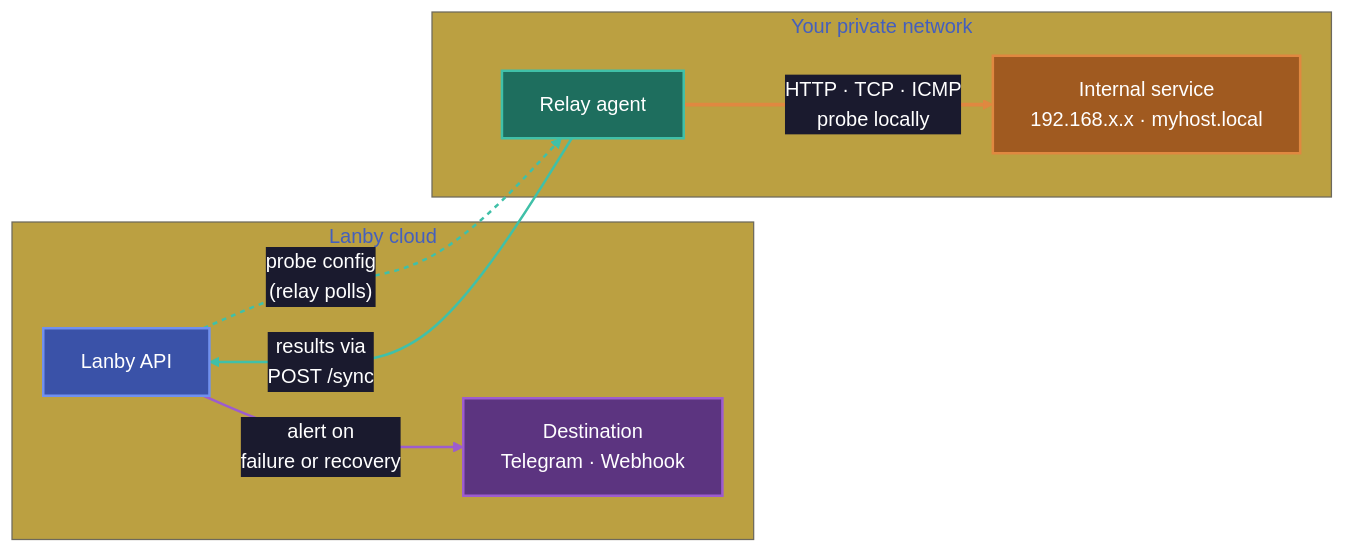
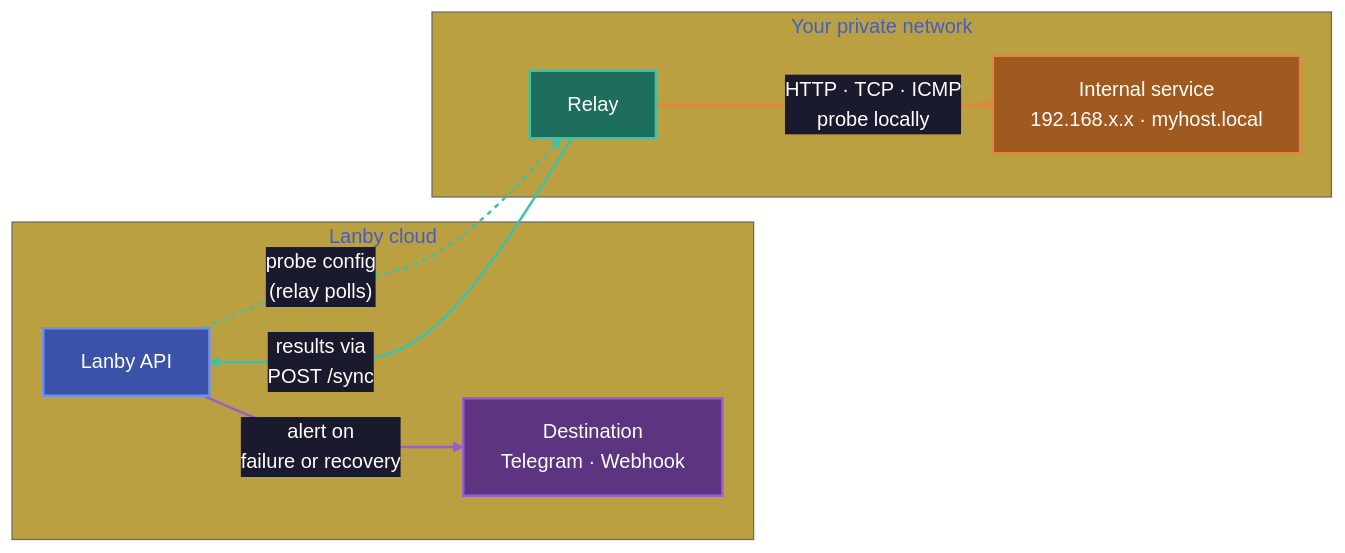
Before and after one commit to lanby-dev/lanby-docs: the third of 3 diagrams in docs/index.md, drawn with Mermaid. The commit also changed other lines of this file and 2 other files, not shown here.

````diff
--- a/docs/index.md
+++ b/docs/index.md
@@ -79,27 +79,27 @@
 ```mermaid
 %%{init:{'theme':'base','themeVariables':{'primaryColor':'#3a52a8','primaryBorderColor':'#7090ee','primaryTextColor':'#fff','edgeLabelBackground':'#1a1a2e','lineColor':'#7090ee'}}}%%
 flowchart LR
     classDef lanby  fill:#3a52a8,stroke:#7090ee,stroke-width:2px,color:#fff
     classDef relay  fill:#1e6e5e,stroke:#40c0a8,stroke-width:2px,color:#fff
     classDef svc    fill:#a05a20,stroke:#e08840,stroke-width:2px,color:#fff
     classDef dest   fill:#5c3480,stroke:#9d5cce,stroke-width:2px,color:#fff
 
     subgraph cloud["Lanby cloud"]
         L["Lanby API"]:::lanby
         D["Destination\nTelegram · Webhook"]:::dest
     end
     subgraph net["Your private network"]
-        R["Relay agent"]:::relay
+        R["Relay"]:::relay
         S["Internal service\n192.168.x.x · myhost.local"]:::svc
     end
 
     L -- "probe config\n(relay polls)" --> R
     R == "HTTP · TCP · ICMP\nprobe locally" ==> S
     R -- "results via\nPOST /sync" --> L
     L -- "alert on\nfailure or recovery" --> D
 
     linkStyle 0 stroke:#40c0a8,stroke-width:2px,stroke-dasharray:4
     linkStyle 1 stroke:#e08840,stroke-width:3px
     linkStyle 2 stroke:#40c0a8,stroke-width:2px
     linkStyle 3 stroke:#9d5cce,stroke-width:2px
 ```
````
